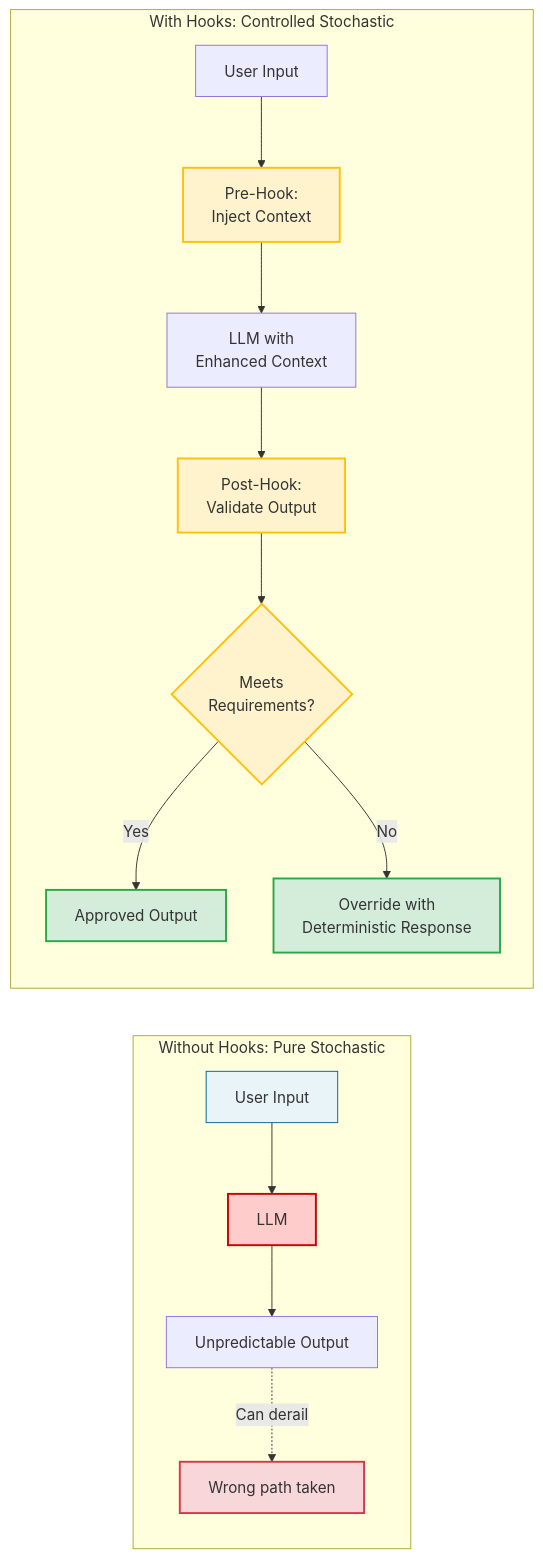
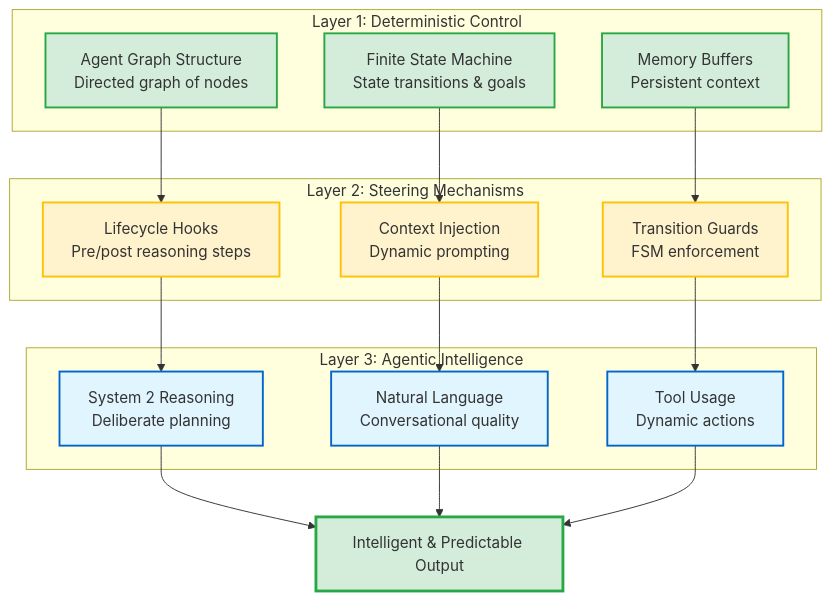
Diagram 11 of 16 in README_Yahoo_AF.md (arupsarkar-sfdc/Misc), drawn with Mermaid before and after one commit. The commit also changed other lines of this file, not shown here.

````diff
--- a/README_Yahoo_AF.md
+++ b/README_Yahoo_AF.md
@@ -104,26 +781,42 @@
 ```mermaid
-graph LR
-    subgraph "Without Hooks: Pure Stochastic"
-        U1[User Input] --> L1[LLM]
-        L1 --> O1[Unpredictable Output]
-        O1 -.->|Can derail| Wrong[Wrong path taken]
+graph TB
+    subgraph "Layer 1: Deterministic Control"
+        L1A[Agent Graph Structure<br/>Directed graph of nodes]
+        L1B[Finite State Machine<br/>State transitions & goals]
+        L1C[Memory Buffers<br/>Persistent context]
     end
     
-    subgraph "With Hooks: Controlled Stochastic"
-        U2[User Input] --> H1[Pre-Hook:<br/>Inject Context]
-        H1 --> L2[LLM with<br/>Enhanced Context]
-        L2 --> H2[Post-Hook:<br/>Validate Output]
-        H2 --> Decision{Meets<br/>Requirements?}
-        Decision -->|Yes| O2[Approved Output]
-        Decision -->|No| Override[Override with<br/>Deterministic Response]
+    subgraph "Layer 2: Steering Mechanisms"
+        L2A[Lifecycle Hooks<br/>Pre/post reasoning steps]
+        L2B[Context Injection<br/>Dynamic prompting]
+        L2C[Transition Guards<br/>FSM enforcement]
     end
     
-    style U1 fill:#e8f4f8,stroke:#006699,stroke-width:1px
-    style L1 fill:#ffcccc,stroke:#cc0000,stroke-width:2px
-    style Wrong fill:#f8d7da,stroke:#dc3545,stroke-width:2px
-    style H1 fill:#fff3cd,stroke:#ffc107,stroke-width:2px
-    style H2 fill:#fff3cd,stroke:#ffc107,stroke-width:2px
-    style Decision fill:#fff3cd,stroke:#ffc107,stroke-width:2px
-    style Override fill:#d4edda,stroke:#28a745,stroke-width:2px
-    style O2 fill:#d4edda,stroke:#28a745,stroke-width:2px
+    subgraph "Layer 3: Agentic Intelligence"
+        L3A[System 2 Reasoning<br/>Deliberate planning]
+        L3B[Natural Language<br/>Conversational quality]
+        L3C[Tool Usage<br/>Dynamic actions]
+    end
+    
+    L1A --> L2A
+    L1B --> L2B
+    L1C --> L2C
+    L2A --> L3A
+    L2B --> L3B
+    L2C --> L3C
+    
+    L3A --> Output[Intelligent & Predictable Output]
+    L3B --> Output
+    L3C --> Output
+    
+    style L1A fill:#d4edda,stroke:#28a745,stroke-width:2px
+    style L1B fill:#d4edda,stroke:#28a745,stroke-width:2px
+    style L1C fill:#d4edda,stroke:#28a745,stroke-width:2px
+    style L2A fill:#fff3cd,stroke:#ffc107,stroke-width:2px
+    style L2B fill:#fff3cd,stroke:#ffc107,stroke-width:2px
+    style L2C fill:#fff3cd,stroke:#ffc107,stroke-width:2px
+    style L3A fill:#e1f5ff,stroke:#0066cc,stroke-width:2px
+    style L3B fill:#e1f5ff,stroke:#0066cc,stroke-width:2px
+    style L3C fill:#e1f5ff,stroke:#0066cc,stroke-width:2px
+    style Output fill:#d4edda,stroke:#28a745,stroke-width:3px
 ```
````
